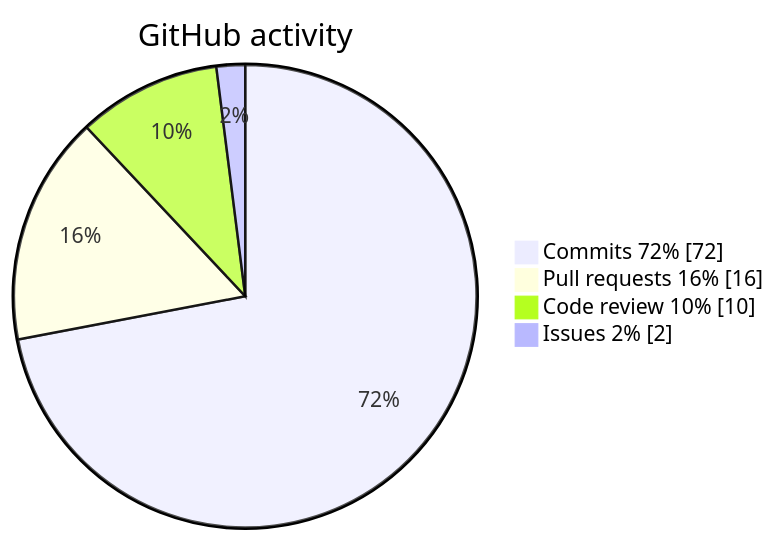
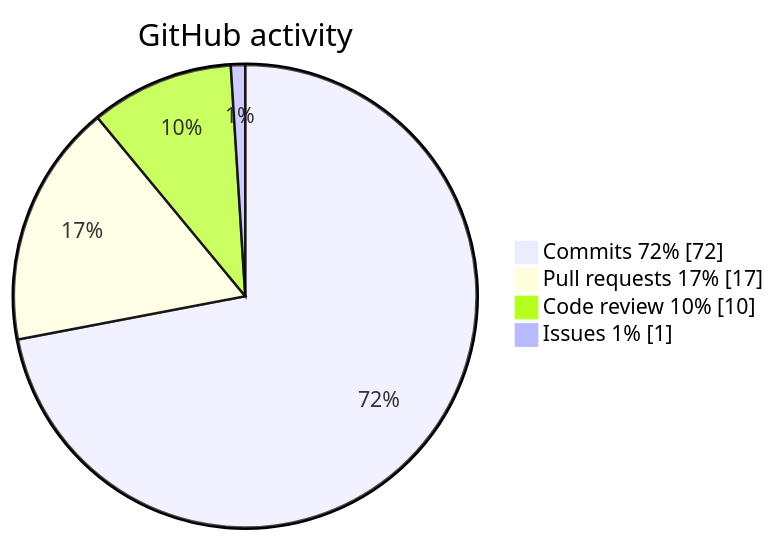
Before and after one commit to krotname/KrotName: the diagram in README.en.md, drawn with Mermaid. The commit also changed other lines of this file and 4 other files, not shown here.

````diff
--- a/README.en.md
+++ b/README.en.md
@@ -48,8 +49,8 @@
 ```mermaid
 pie showData
     title GitHub activity
     "Commits 72%" : 72
-    "Pull requests 16%" : 16
+    "Pull requests 17%" : 17
     "Code review 10%" : 10
-    "Issues 2%" : 2
+    "Issues 1%" : 1
 ```
````
